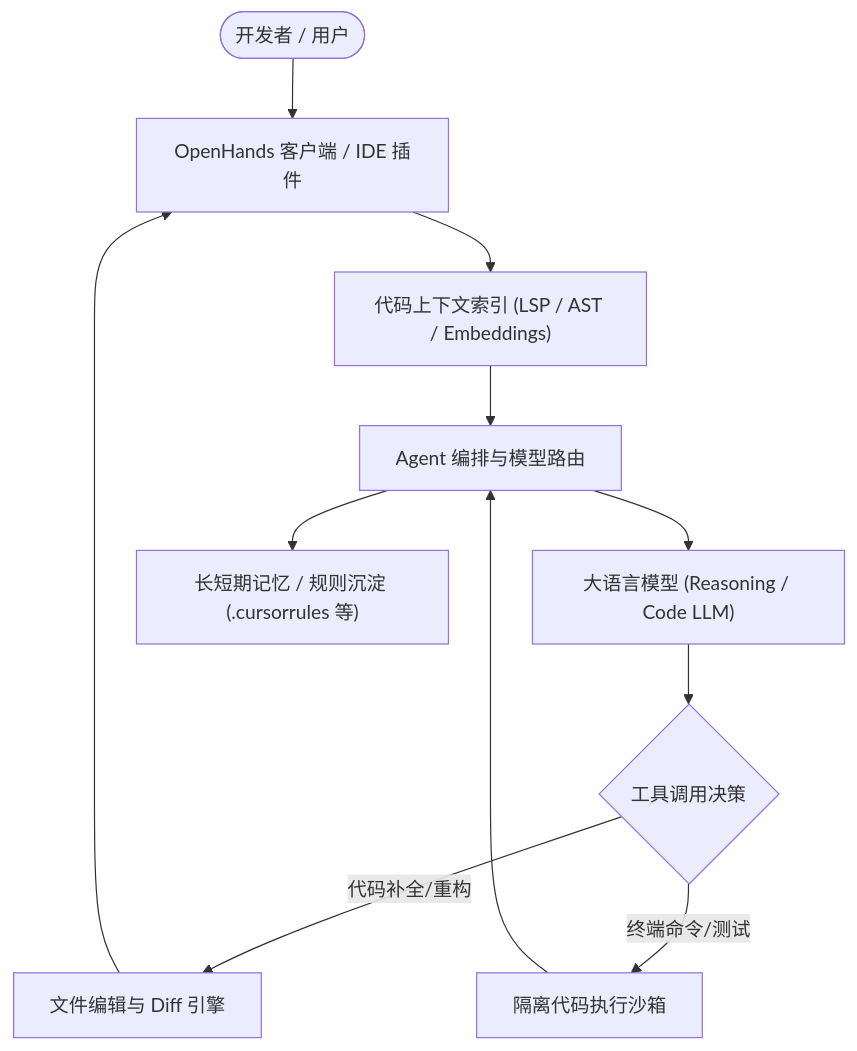
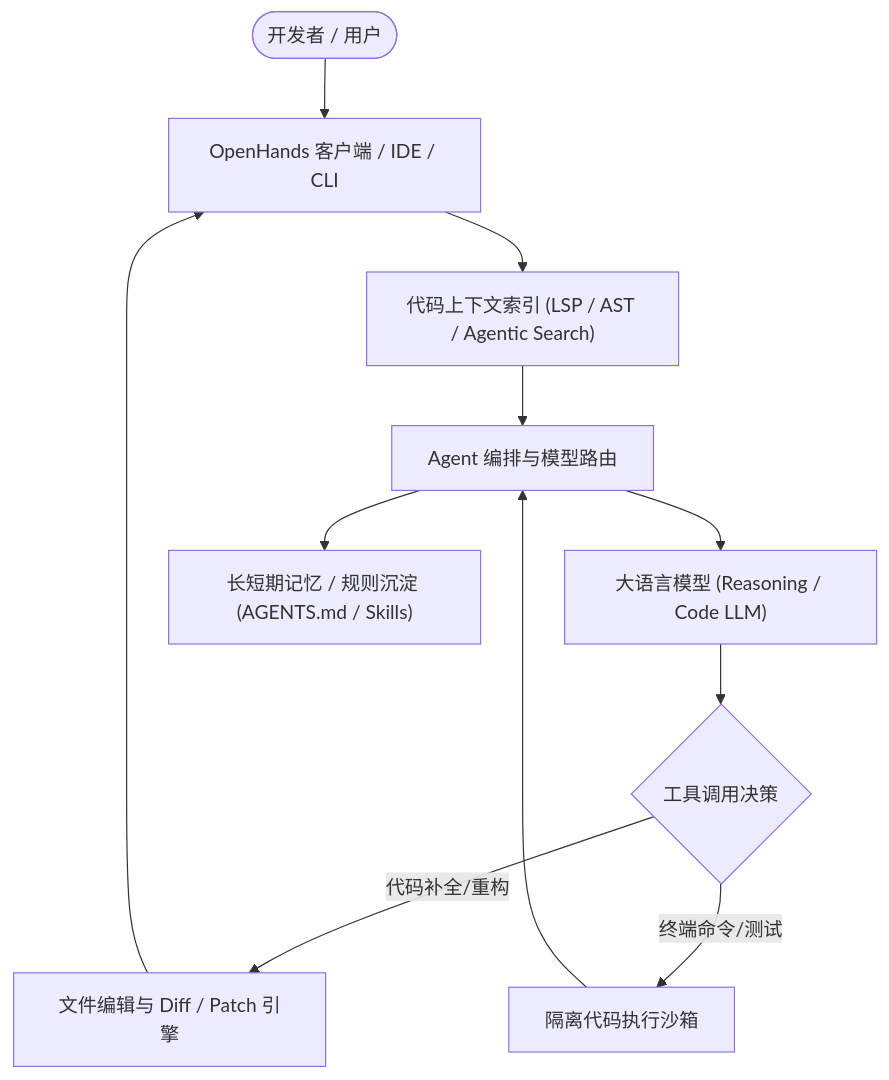
Before and after one commit to az1615962561-crypto/ai-harness-analyzer: the first of 21 diagrams in reports/openhands.md, drawn with Mermaid. The commit also changed other lines of this file and 28 other files, not shown here.

Commit message:
Add per-section Mermaid diagrams and quantitative data evidence across all report sections & comparison

````diff
--- a/reports/openhands.md
+++ b/reports/openhands.md
@@ -11,13 +11,13 @@
 ```mermaid
 flowchart TD
-    User(["开发者 / 用户"]) --> IDE["OpenHands 客户端 / IDE 插件"]
-    IDE --> ContextMgr["代码上下文索引 (LSP / AST / Embeddings)"]
+    User(["开发者 / 用户"]) --> IDE["OpenHands 客户端 / IDE / CLI"]
+    IDE --> ContextMgr["代码上下文索引 (LSP / AST / Agentic Search)"]
     ContextMgr --> Orchestrator["Agent 编排与模型路由"]
     Orchestrator --> LLM["大语言模型 (Reasoning / Code LLM)"]
     LLM --> ToolCall{"工具调用决策"}
-    ToolCall -- 代码补全/重构 --> DiffEngine["文件编辑与 Diff 引擎"]
+    ToolCall -- 代码补全/重构 --> DiffEngine["文件编辑与 Diff / Patch 引擎"]
     ToolCall -- 终端命令/测试 --> Sandbox["隔离代码执行沙箱"]
     DiffEngine --> IDE
     Sandbox --> Orchestrator
-    Orchestrator --> Mem["长短期记忆 / 规则沉淀 (.cursorrules 等)"]
+    Orchestrator --> Mem["长短期记忆 / 规则沉淀 (AGENTS.md / Skills)"]
 ```
````
